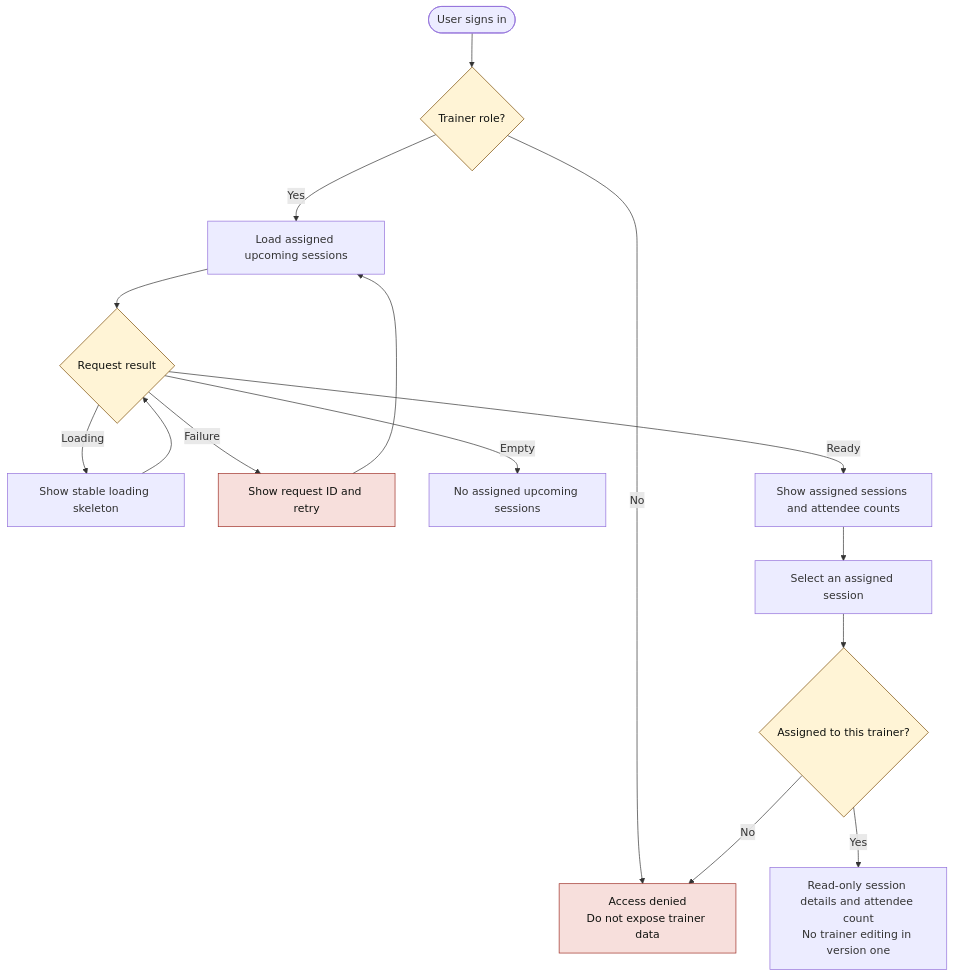
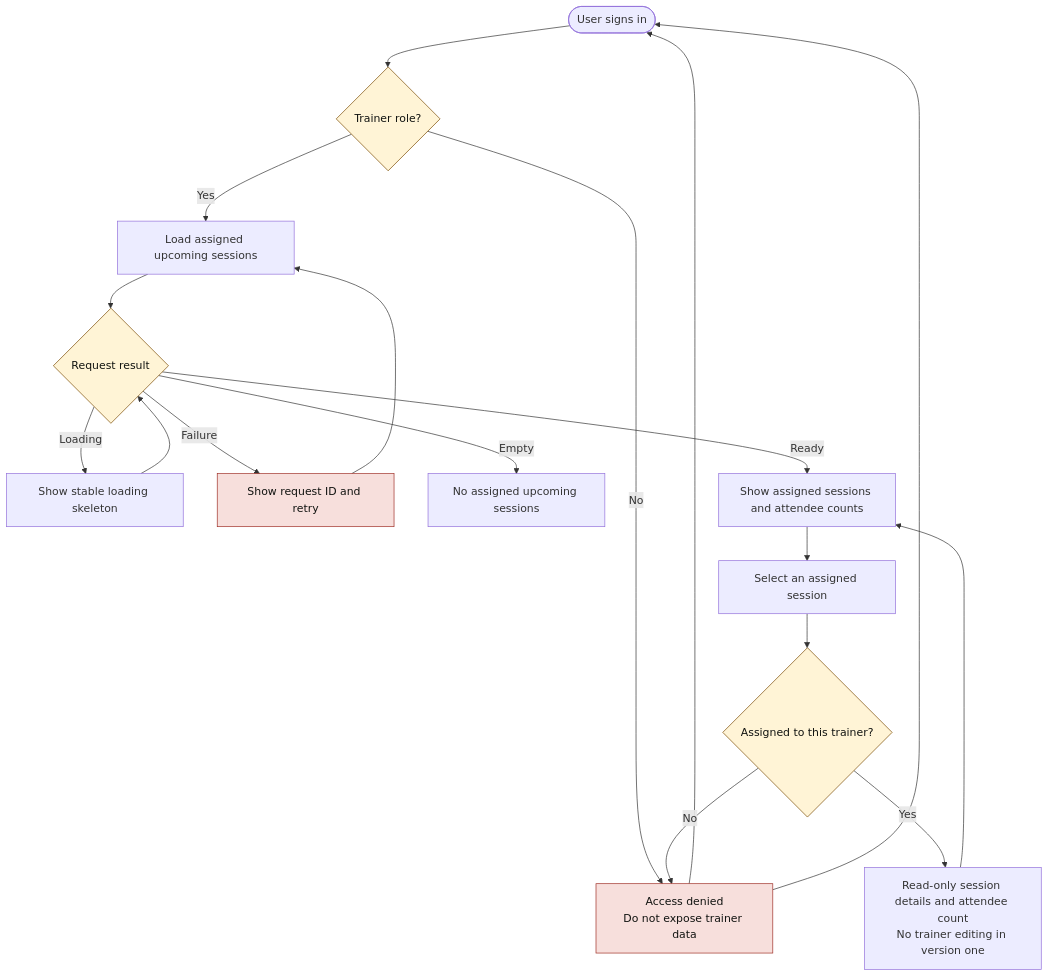
One commit to AqueosHeart/fitops changed the diagram in docs/design/user-flow-trainer.mmd. Above: the diagram before and after it, drawn with Mermaid. The commit also changed 35 other files, not shown here.

Commit message:
better diagraming and wireframe

```diff
--- a/docs/design/user-flow-trainer.mmd
+++ b/docs/design/user-flow-trainer.mmd
@@ -1,20 +1,20 @@
 flowchart TD
     classDef error fill:#F7DFDC,stroke:#9E2E25,color:#111310;
     classDef decision fill:#FFF4D6,stroke:#7A4B00,color:#111310;
 
     Start([User signs in]) --> Role{Trainer role?}
-    Role -- No --> Forbidden["Access denied<br/>Do not expose trainer data"]:::error
+    Role -- No --> Forbidden["Access denied<br/>Do not expose trainer data"]:::error --> Start
     Role -- Yes --> Load[Load assigned upcoming sessions]
     Load --> Result{Request result}
     Result -- Loading --> Loading[Show stable loading skeleton]
     Loading --> Result
     Result -- Failure --> Retry[Show request ID and retry]:::error
     Retry --> Load
     Result -- Empty --> Empty[No assigned upcoming sessions]
     Result -- Ready --> List[Show assigned sessions and attendee counts]
     List --> Select[Select an assigned session]
     Select --> Authorized{Assigned to this trainer?}
-    Authorized -- No --> Forbidden
-    Authorized -- Yes --> Detail["Read-only session details and attendee count<br/>No trainer editing in version one"]
+    Authorized -- No --> Forbidden --> Start
+    Authorized -- Yes --> Detail["Read-only session details and attendee count<br/>No trainer editing in version one"] --> List
 
     class Role,Result,Authorized decision;
```
